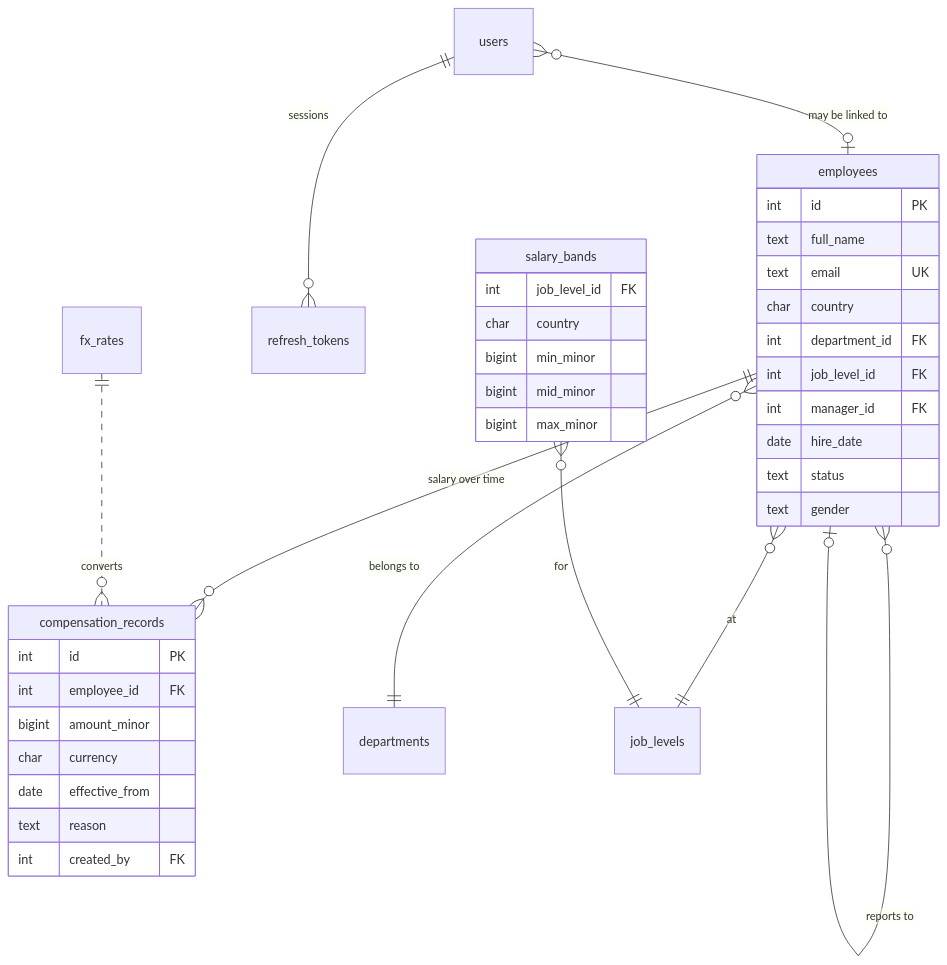
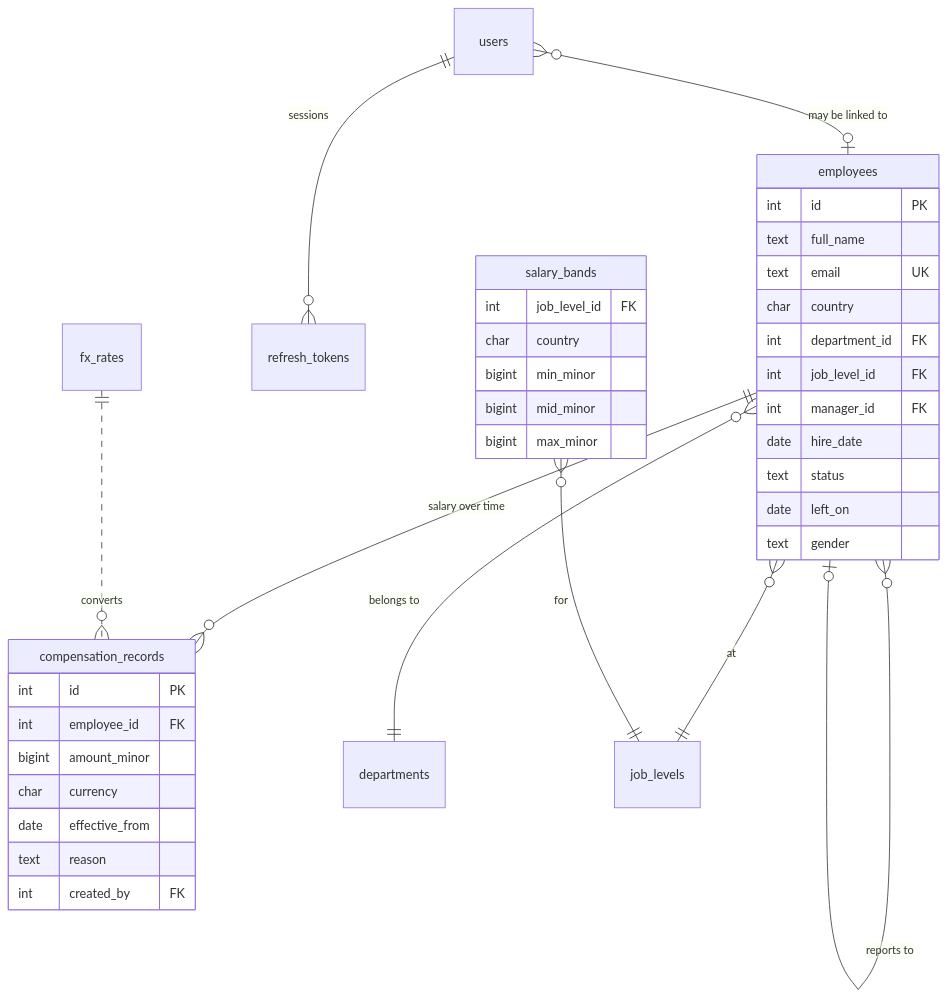
One commit to Tony3898/acme-salary-api changed the third of 3 diagrams in docs/architecture.md. Above: the diagram before and after it, drawn with Mermaid. The commit also changed other lines of this file and 4 other files, not shown here.

````diff
--- a/docs/architecture.md
+++ b/docs/architecture.md
@@ -48,40 +66,41 @@
 ```mermaid
 erDiagram
     employees ||--o{ compensation_records : "salary over time"
     employees }o--|| departments : "belongs to"
     employees }o--|| job_levels : "at"
     employees }o--o| employees : "reports to"
     users }o--o| employees : "may be linked to"
     users ||--o{ refresh_tokens : "sessions"
     salary_bands }o--|| job_levels : "for"
     fx_rates ||..o{ compensation_records : "converts"
 
     employees {
         int id PK
         text full_name
         text email UK
         char country
         int department_id FK
         int job_level_id FK
         int manager_id FK
         date hire_date
         text status
+        date left_on
         text gender
     }
     compensation_records {
         int id PK
         int employee_id FK
         bigint amount_minor
         char currency
         date effective_from
         text reason
         int created_by FK
     }
     salary_bands {
         int job_level_id FK
         char country
         bigint min_minor
         bigint mid_minor
         bigint max_minor
     }
 ```
````
